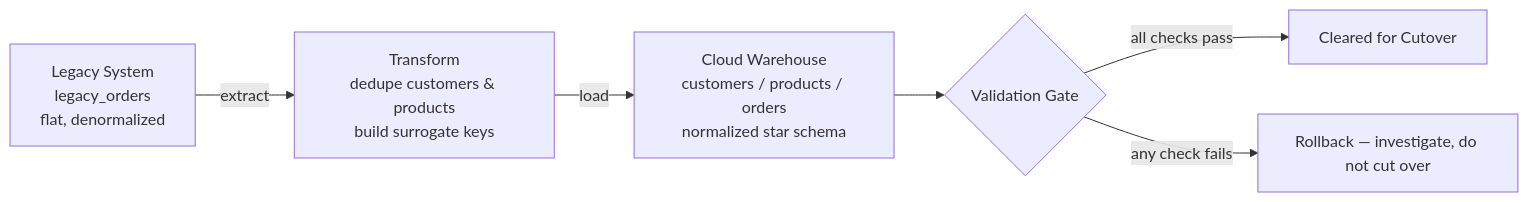
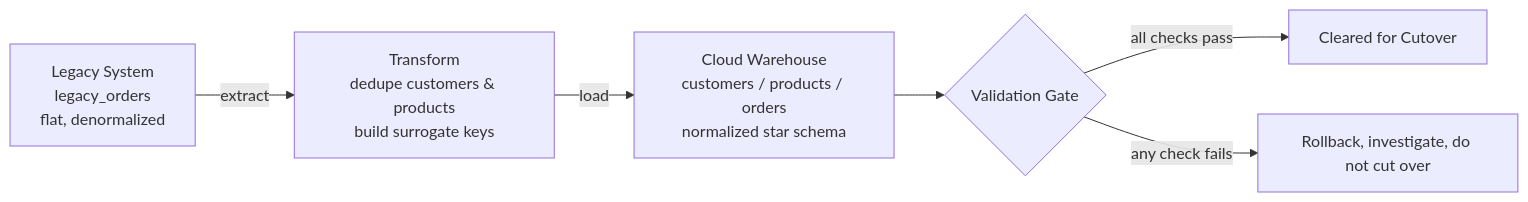
Before and after one commit to nkululeko-ndovela/data-analyst-portfolio: the diagram in project-3-cloud-migration/README.md, drawn with Mermaid. The commit also changed other lines of this file and 19 other files, not shown here.

````diff
--- a/project-3-cloud-migration/README.md
+++ b/project-3-cloud-migration/README.md
@@ -16,8 +16,8 @@
 ```mermaid
 flowchart LR
     A[Legacy System<br/>legacy_orders<br/>flat, denormalized] -->|extract| B[Transform<br/>dedupe customers & products<br/>build surrogate keys]
     B -->|load| C[Cloud Warehouse<br/>customers / products / orders<br/>normalized star schema]
     C --> D{Validation Gate}
     D -->|all checks pass| E[Cleared for Cutover]
-    D -->|any check fails| F[Rollback — investigate, do not cut over]
+    D -->|any check fails| F[Rollback, investigate, do not cut over]
 ```
````
